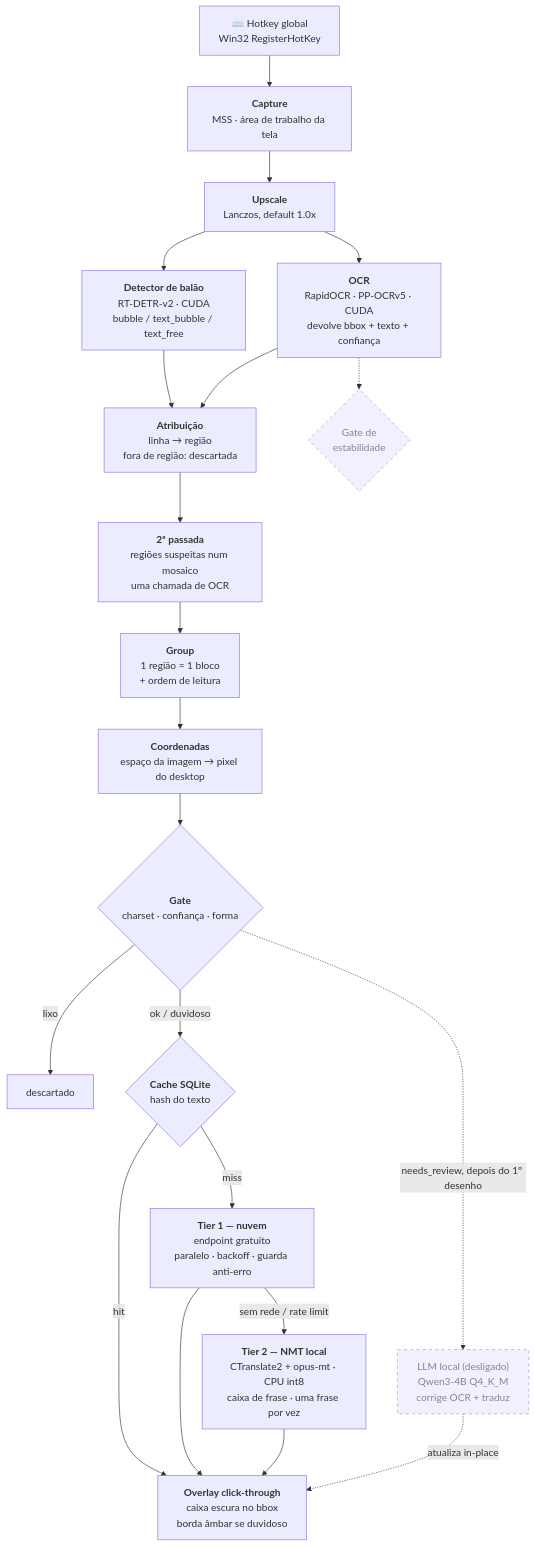
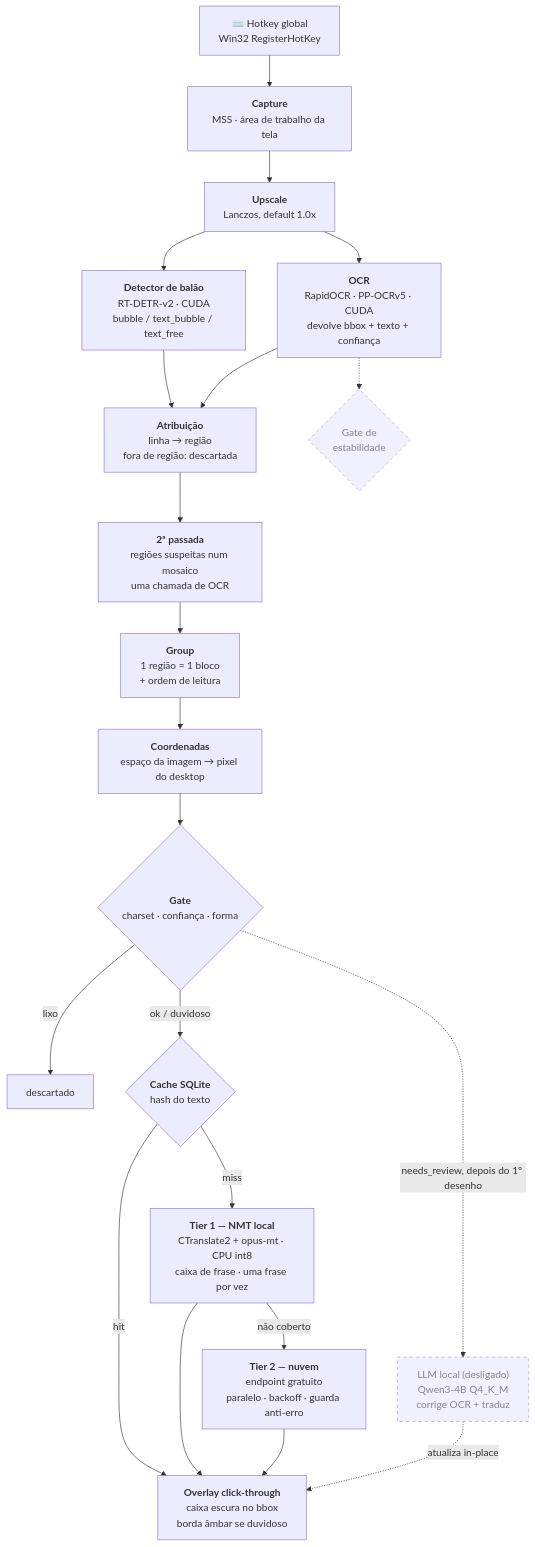
Before and after one commit to LiloMarino/TranslatorOCR: the first of 2 diagrams in README.md, drawn with Mermaid. The commit also changed other lines of this file and 7 other files, not shown here.

Commit message:
fix: Revertido o Google como tradutor principal por causa do rate limit

````diff
--- a/README.md
+++ b/README.md
@@ -120,28 +120,28 @@
 ```mermaid
 flowchart TD
     HK["⌨️ Hotkey global<br/>Win32 RegisterHotKey"] --> CAP["<b>Capture</b><br/>MSS · área de trabalho da tela"]
     CAP --> UP["<b>Upscale</b><br/>Lanczos, default 1.0x"]
     UP --> OCR["<b>OCR</b><br/>RapidOCR · PP-OCRv5 · CUDA<br/>devolve bbox + texto + confiança"]
     UP --> DET["<b>Detector de balão</b><br/>RT-DETR-v2 · CUDA<br/>bubble / text_bubble / text_free"]
     DET --> ASSIGN["<b>Atribuição</b><br/>linha → região<br/>fora de região: descartada"]
     OCR --> ASSIGN
     ASSIGN --> MOSAIC["<b>2ª passada</b><br/>regiões suspeitas num mosaico<br/>uma chamada de OCR"]
     MOSAIC --> GRP["<b>Group</b><br/>1 região = 1 bloco<br/>+ ordem de leitura"]
     GRP --> COORD["<b>Coordenadas</b><br/>espaço da imagem → pixel do desktop"]
     COORD --> GATE{"<b>Gate</b><br/>charset · confiança · forma"}
     GATE -->|"lixo"| DROP["descartado"]
     GATE -->|"ok / duvidoso"| CACHE{"<b>Cache SQLite</b><br/>hash do texto"}
 
     CACHE -->|"hit"| DRAW
-    CACHE -->|"miss"| CLOUD["<b>Tier 1 — nuvem</b><br/>endpoint gratuito<br/>paralelo · backoff · guarda anti-erro"]
-    CLOUD -->|"sem rede / rate limit"| NMT["<b>Tier 2 — NMT local</b><br/>CTranslate2 + opus-mt · CPU int8<br/>caixa de frase · uma frase por vez"]
-    CLOUD --> DRAW["<b>Overlay click-through</b><br/>caixa escura no bbox<br/>borda âmbar se duvidoso"]
-    NMT --> DRAW
+    CACHE -->|"miss"| NMT["<b>Tier 1 — NMT local</b><br/>CTranslate2 + opus-mt · CPU int8<br/>caixa de frase · uma frase por vez"]
+    NMT -->|"não coberto"| CLOUD["<b>Tier 2 — nuvem</b><br/>endpoint gratuito<br/>paralelo · backoff · guarda anti-erro"]
+    NMT --> DRAW["<b>Overlay click-through</b><br/>caixa escura no bbox<br/>borda âmbar se duvidoso"]
+    CLOUD --> DRAW
 
     OCR -.-> STAB{"Gate de<br/>estabilidade"}
     GATE -.->|"needs_review, depois do 1º desenho"| LLM["LLM local (desligado)<br/>Qwen3-4B Q4_K_M<br/>corrige OCR + traduz"]
     LLM -.->|"atualiza in-place"| DRAW
 
     classDef planned stroke-dasharray:5 5,opacity:0.75
     class STAB,LLM planned
 ```
````
